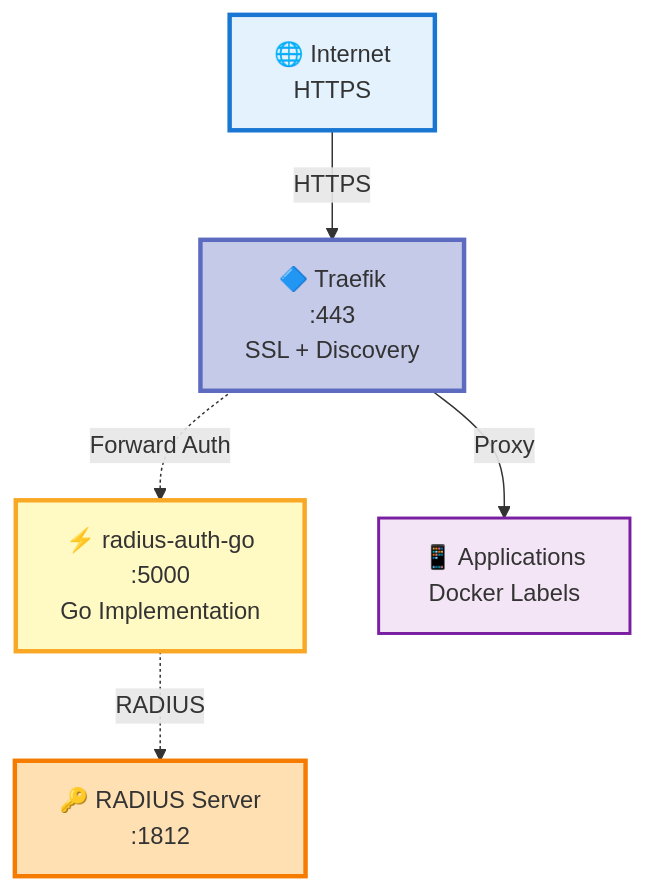
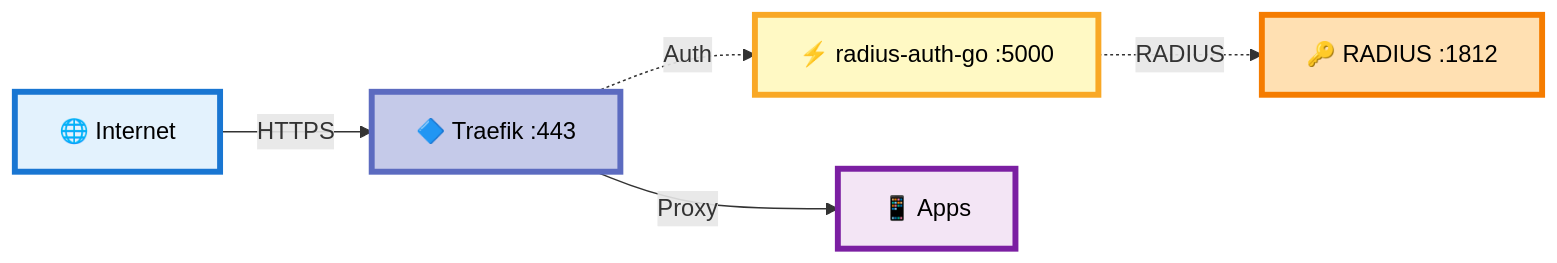
One commit to okigan/revproxauth changed the third of 4 diagrams in README.md. Above: the diagram before and after it, drawn with Mermaid. The commit also changed other lines of this file, not shown here.

First line of the commit message:
Refactor README mermaid diagrams: switch to LR layout, simplify nodes & unify styling

````diff
--- a/README.md
+++ b/README.md
@@ -118,19 +118,19 @@
 ```mermaid
-graph TB
-    Internet["🌐 Internet<br/>HTTPS"]
-    Traefik["🔷 Traefik<br/>:443<br/>SSL + Discovery"]
-    AuthGo["⚡ radius-auth-go<br/>:5000<br/>Go Implementation"]
-    RADIUS["🔑 RADIUS Server<br/>:1812"]
-    Apps["📱 Applications<br/>Docker Labels"]
+graph LR
+    A["🌐 Internet"] 
+    B["🔷 Traefik :443"]
+    C["⚡ radius-auth-go :5000"]
+    D["🔑 RADIUS :1812"]
+    E["📱 Apps"]
     
-    Internet -->|HTTPS| Traefik
-    Traefik -.->|Forward Auth| AuthGo
-    AuthGo -.->|RADIUS| RADIUS
-    Traefik -->|Proxy| Apps
+    A -->|HTTPS| B
+    B -.->|Auth| C
+    C -.->|RADIUS| D
+    B -->|Proxy| E
     
-    style Internet fill:#e3f2fd,stroke:#1976d2,stroke-width:3px
-    style Traefik fill:#c5cae9,stroke:#5c6bc0,stroke-width:3px
-    style AuthGo fill:#fff9c4,stroke:#f9a825,stroke-width:3px
-    style RADIUS fill:#ffe0b2,stroke:#f57c00,stroke-width:3px
-    style Apps fill:#f3e5f5,stroke:#7b1fa2,stroke-width:2px
+    style A fill:#e3f2fd,stroke:#1976d2,stroke-width:4px,color:#000
+    style B fill:#c5cae9,stroke:#5c6bc0,stroke-width:4px,color:#000
+    style C fill:#fff9c4,stroke:#f9a825,stroke-width:4px,color:#000
+    style D fill:#ffe0b2,stroke:#f57c00,stroke-width:4px,color:#000
+    style E fill:#f3e5f5,stroke:#7b1fa2,stroke-width:4px,color:#000
 ```
````
